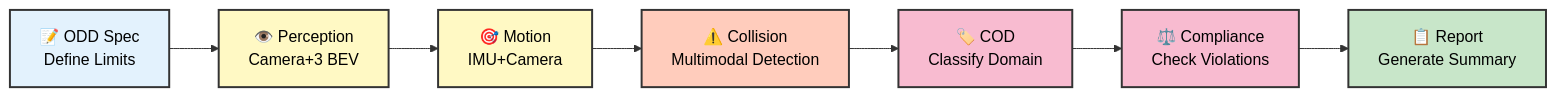
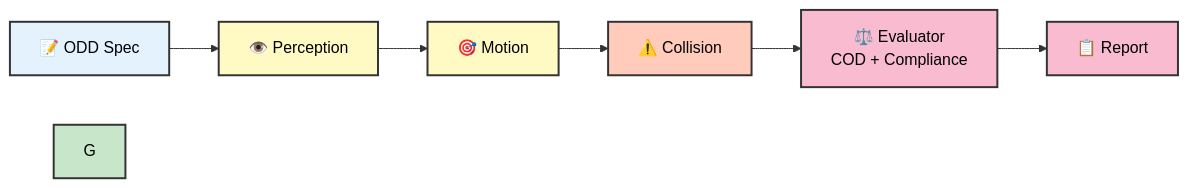
Before and after one commit to danmartinez78/go2-odd-observer: the first of 2 diagrams in README.md, drawn with Mermaid. The commit also changed other lines of this file and 2 other files, not shown here.

First line of the commit message:
docs: Clarify 6 pipeline agents + 4 tool agents architecture

````diff
--- a/README.md
+++ b/README.md
@@ -109,17 +110,16 @@
 ```mermaid
 graph LR
-    A[📝 ODD Spec<br/>Define Limits] --> B[👁️ Perception<br/>Camera+3 BEV]
-    B --> C[🎯 Motion<br/>IMU+Camera]
-    C --> D[⚠️ Collision<br/>Multimodal Detection]
-    D --> E[🏷️ COD<br/>Classify Domain]
-    E --> F[⚖️ Compliance<br/>Check Violations]
-    F --> G[📋 Report<br/>Generate Summary]
+    A[📝 ODD Spec] --> B[👁️ Perception]
+    B --> C[🎯 Motion]
+    C --> D[⚠️ Collision]
+    D --> E[⚖️ Evaluator<br/>COD + Compliance]
+    E --> F[📋 Report]
     
     style A fill:#e3f2fd,stroke:#333,stroke-width:2px,color:#000
     style B fill:#fff9c4,stroke:#333,stroke-width:2px,color:#000
     style C fill:#fff9c4,stroke:#333,stroke-width:2px,color:#000
     style D fill:#ffccbc,stroke:#333,stroke-width:2px,color:#000
     style E fill:#f8bbd0,stroke:#333,stroke-width:2px,color:#000
     style F fill:#f8bbd0,stroke:#333,stroke-width:2px,color:#000
     style G fill:#c8e6c9,stroke:#333,stroke-width:2px,color:#000
 ```
````
